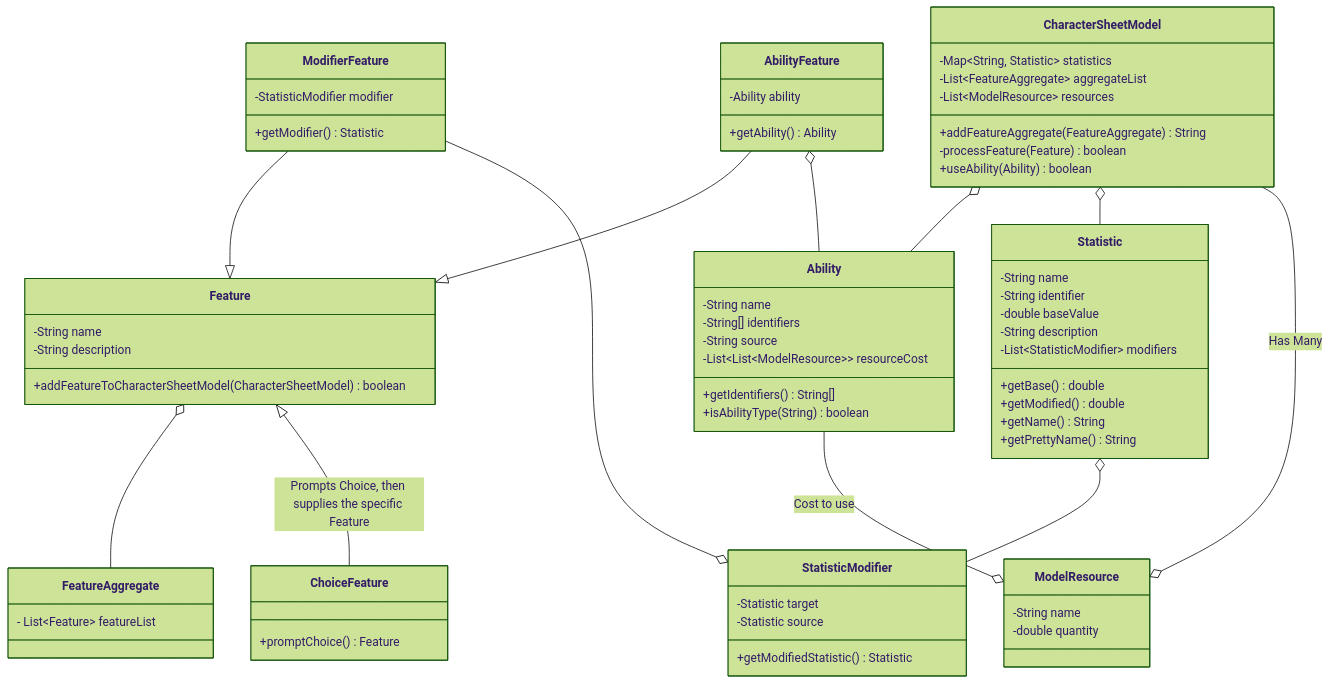
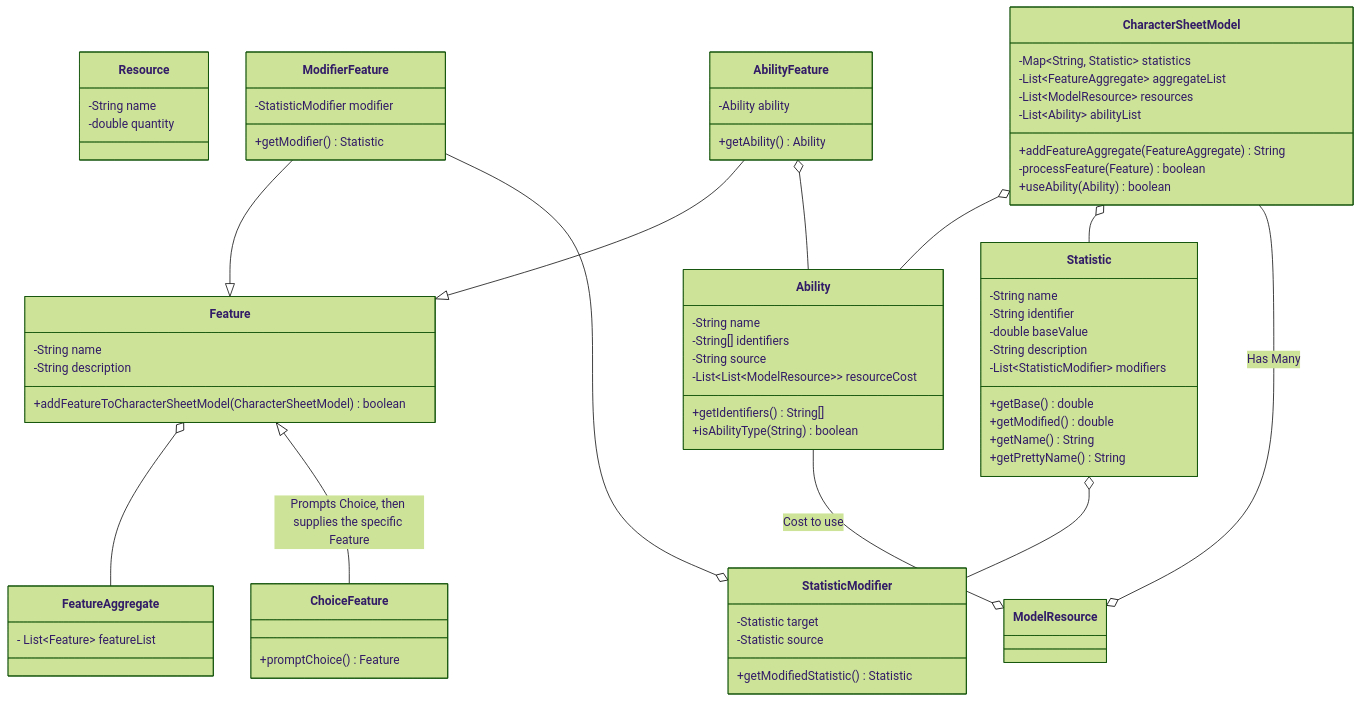
One commit to PatrickPitts/DungeonsAndDragons5eCharacterSheet changed the diagram in featuresClassDiagram.md. Above: the diagram before and after it, drawn with Mermaid (forest theme). The commit also changed other lines of this file and 9 other files, not shown here.

```diff
--- a/featuresClassDiagram.md
+++ b/featuresClassDiagram.md
@@ -2,7 +3,7 @@
 classDiagram
     %% Can be used to represent how much of a resource the CharacterSheetModel has
     %% or can be used to represent the resource cost for an ability
-    class ModelResource{
+    class Resource{
         -String name
         -double quantity
     }
@@ -51,6 +52,7 @@
         -Map~String, Statistic~ statistics
         -List~FeatureAggregate~ aggregateList 
         -List~ModelResource~ resources
+        -List~Ability~ abilityList
         +addFeatureAggregate(FeatureAggregate) String
         -processFeature(Feature) boolean
         +useAbility(Ability) boolean
```
